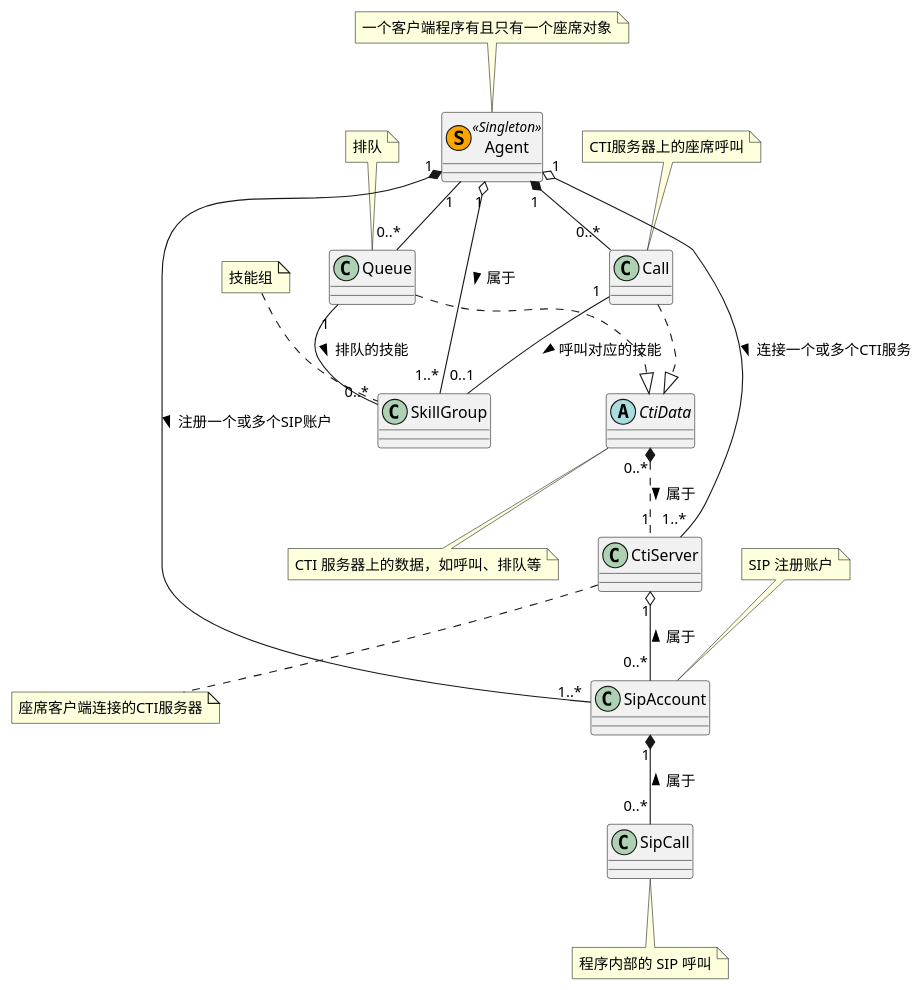
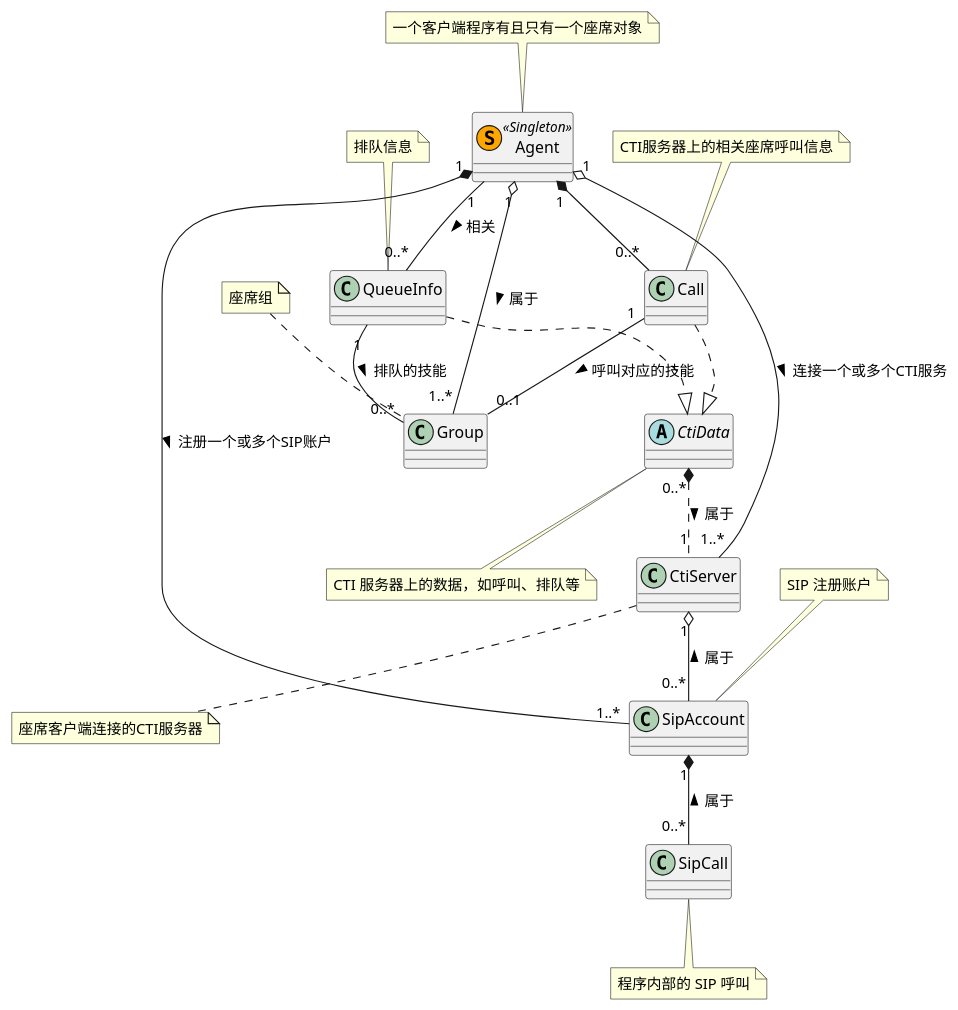
The diagram in developer-guide/src/diagrams/class_overview.puml (tanbro/ipsc6-agent), drawn with PlantUML before and after one commit. The commit also changed 3 other files, not shown here.

```diff
--- a/developer-guide/src/diagrams/class_overview.puml
+++ b/developer-guide/src/diagrams/class_overview.puml
@@ -1,46 +1,46 @@
 @startuml "Classes Diagram"
 
 class Agent << (S, Orange) Singleton >>
 note top: 一个客户端程序有且只有一个座席对象
 
 class CtiServer
 note bottom: 座席客户端连接的CTI服务器
 
 abstract CtiData
 note bottom: CTI 服务器上的数据，如呼叫、排队等
 
 class SipAccount
 note top: SIP 注册账户
 
 class SipCall
 note bottom: 程序内部的 SIP 呼叫
 
-class SkillGroup
-note top: 技能组
+class Group
+note top: 座席组
 
 class Call
-note top: CTI服务器上的座席呼叫
+note top: CTI服务器上的相关座席呼叫信息
 
-class Queue
-note top: 排队
+class QueueInfo
+note top: 排队信息
 
 
 Agent "1" o-- "1..*" CtiServer: 连接一个或多个CTI服务 >
-Agent "1" o-- "1..*" SkillGroup: 属于 >
+Agent "1" o-- "1..*" Group: 属于 >
 Agent "1" *-- "1..*" SipAccount: 注册一个或多个SIP账户 >
 
 CtiData "0..*" *.. "1" CtiServer: 属于 >
 
 Call ..|> CtiData
 Agent "1" *-- "0..*" Call
 
-Queue ..|> CtiData
-Agent "1" -- "0..*" Queue
+QueueInfo ..|> CtiData
+Agent "1" -- "0..*" QueueInfo: 相关 >
 
-Call "1" -- "0..1" SkillGroup: 呼叫对应的技能 >
-Queue "1" -- "0..*" SkillGroup: 排队的技能 >
+Call "1" -- "0..1" Group: 呼叫对应的技能 >
+QueueInfo "1" -- "0..*" Group: 排队的技能 >
 
 CtiServer "1" o-- "0..*" SipAccount: 属于 <
 SipAccount "1" *-- "0..*" SipCall: 属于 <
 
 @enduml
```
